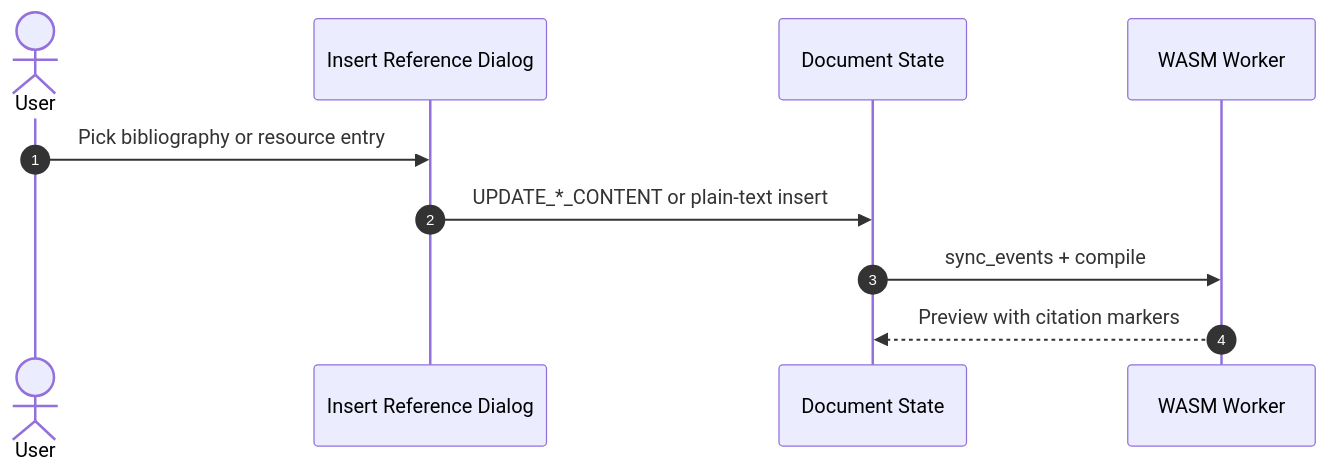
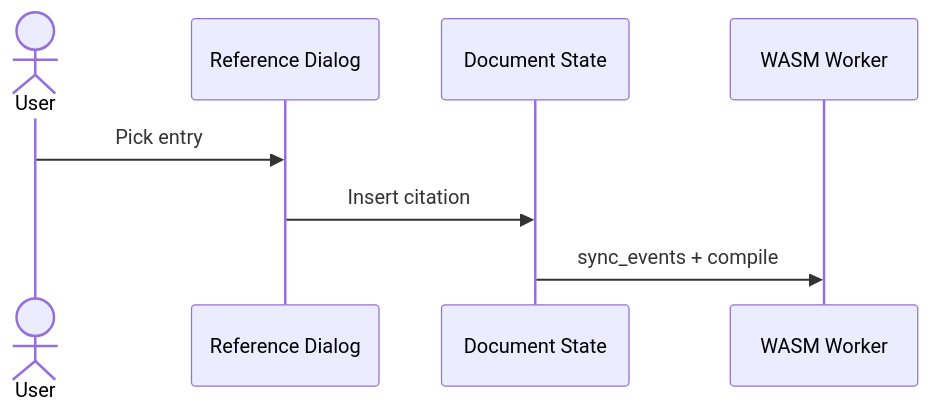
One commit to andmoreduro/ergo changed the sixth of 10 diagrams in context/sequence-diagrams.md. Above: the diagram before and after it, drawn with Mermaid. The commit also changed other lines of this file and 372 other files, not shown here.

````diff
--- a/context/sequence-diagrams.md
+++ b/context/sequence-diagrams.md
@@ -139,14 +101,10 @@
 ```mermaid
 sequenceDiagram
-    autonumber
-
     actor User
-    participant Dialog as Insert Reference Dialog
+    participant Dialog as Reference Dialog
     participant State as Document State
     participant Worker as WASM Worker
-
-    User->>Dialog: Pick bibliography or resource entry
-    Dialog->>State: UPDATE_*_CONTENT or plain-text insert
+    User->>Dialog: Pick entry
+    Dialog->>State: Insert citation
     State->>Worker: sync_events + compile
-    Worker-->>State: Preview with citation markers
 ```
````
